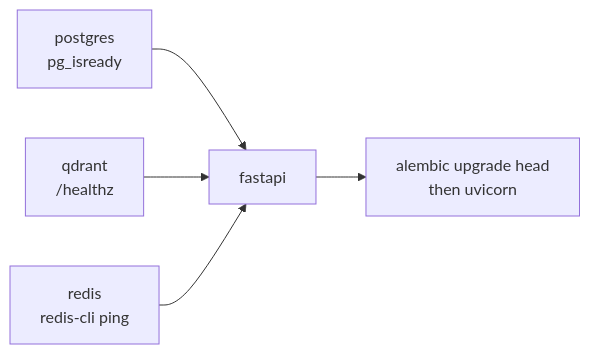
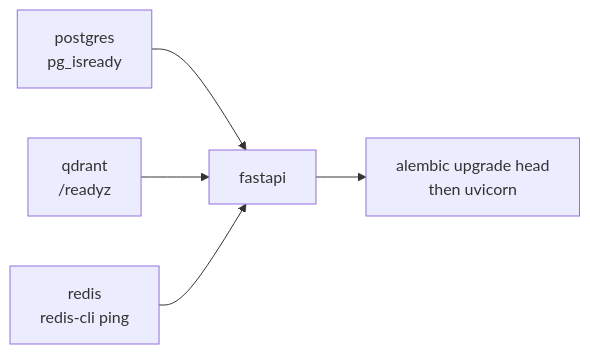
The diagram in memory/docs/getting-started/one-machine.md (HarshitRuwali/homelab-infra), drawn with Mermaid before and after one commit. The commit also changed other lines of this file and 16 other files, not shown here.

````diff
--- a/memory/docs/getting-started/one-machine.md
+++ b/memory/docs/getting-started/one-machine.md
@@ -87,7 +87,7 @@
 ```mermaid
 flowchart LR
     P["postgres<br/>pg_isready"] --> F["fastapi"]
-    Q["qdrant<br/>/healthz"] --> F
+    Q["qdrant<br/>/readyz"] --> F
     R["redis<br/>redis-cli ping"] --> F
     F --> M["alembic upgrade head<br/>then uvicorn"]
 ```
````
